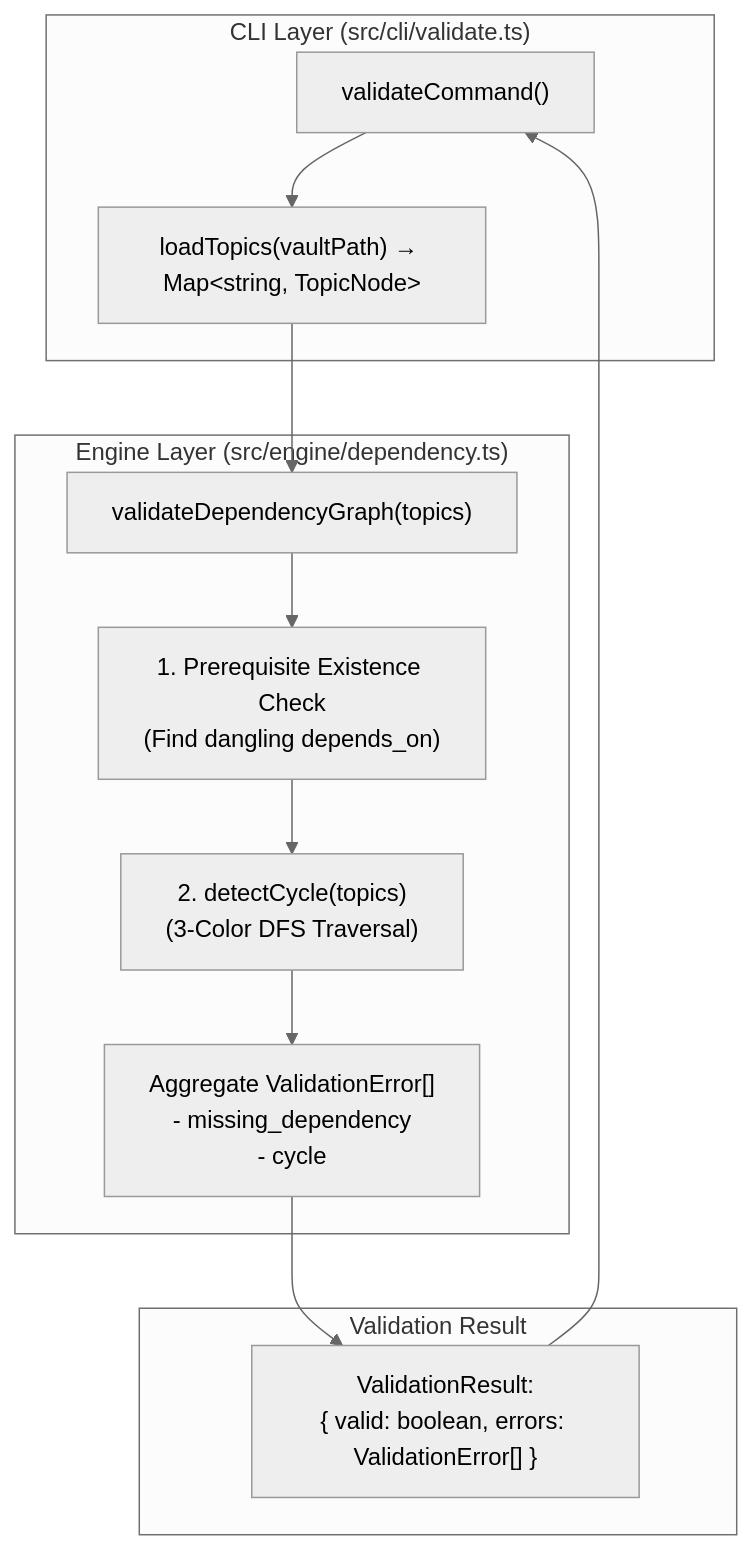
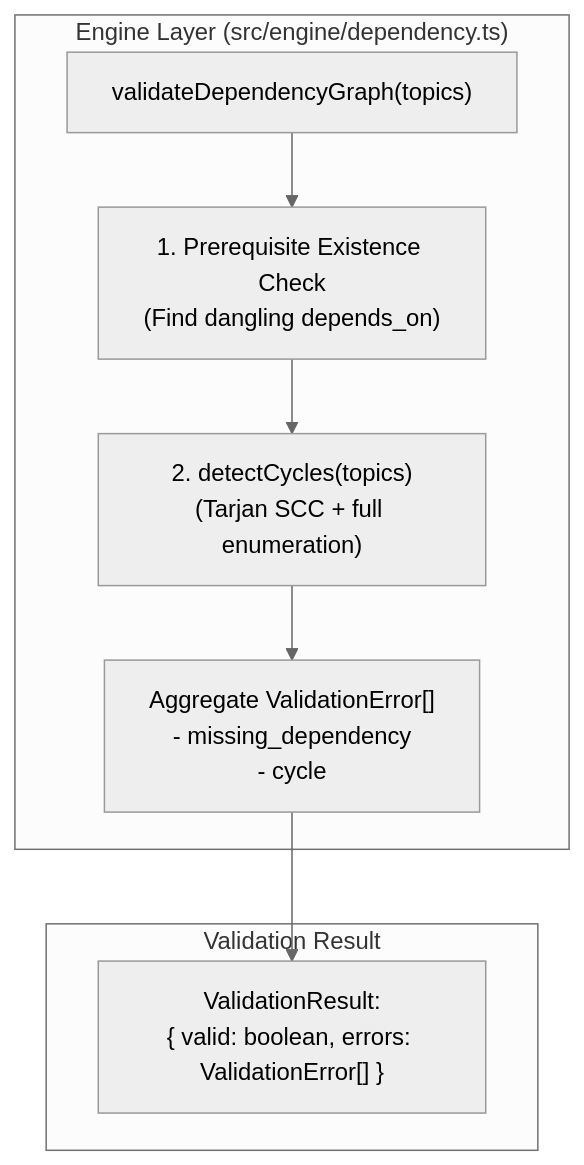
One commit to Kuldeep2822k/cli changed the third of 3 diagrams in docs/03-2-dependency-graph-engine.md. Above: the diagram before and after it, drawn with Mermaid (neutral theme). The commit also changed other lines of this file and 78 other files, not shown here.

````diff
--- a/docs/03-2-dependency-graph-engine.md
+++ b/docs/03-2-dependency-graph-engine.md
@@ -193,26 +157,18 @@
 ```mermaid
 flowchart TD
-    subgraph CLI ["CLI Layer (src/cli/validate.ts)"]
-        VC["validateCommand()"]
-        Load["loadTopics(vaultPath) &rarr; Map&lt;string, TopicNode&gt;"]
-    end
-
     subgraph Engine ["Engine Layer (src/engine/dependency.ts)"]
         VDG["validateDependencyGraph(topics)"]
         CheckDangling["1. Prerequisite Existence Check<br/>(Find dangling depends_on)"]
-        RunDFS["2. detectCycle(topics)<br/>(3-Color DFS Traversal)"]
+        RunCycles["2. detectCycles(topics)<br/>(Tarjan SCC + full enumeration)"]
         CollectErrors["Aggregate ValidationError[]<br/>- missing_dependency<br/>- cycle"]
     end
 
     subgraph Result ["Validation Result"]
         VResult["ValidationResult:<br/>{ valid: boolean, errors: ValidationError[] }"]
     end
 
-    VC --> Load
-    Load --> VDG
     VDG --> CheckDangling
-    CheckDangling --> RunDFS
-    RunDFS --> CollectErrors
+    CheckDangling --> RunCycles
+    RunCycles --> CollectErrors
     CollectErrors --> VResult
-    VResult --> VC
 ```
````
